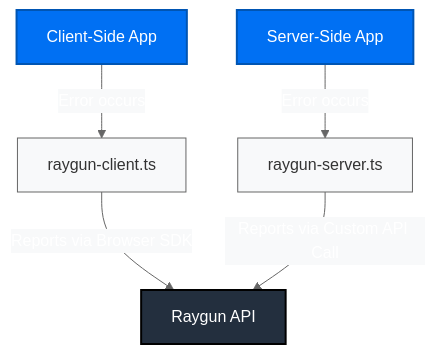
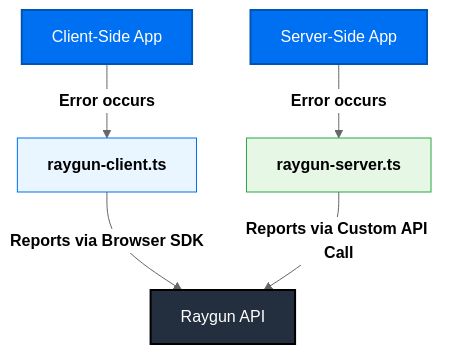
Before and after one commit to Olwiba/bun-next-raygun-demo: the diagram in README.md, drawn with Mermaid. The commit also changed other lines of this file, not shown here.

````diff
--- a/README.md
+++ b/README.md
@@ -24,15 +24,15 @@
 ```mermaid
-%%{init: {'theme': 'base', 'themeVariables': { 'primaryColor': '#0070f3', 'primaryTextColor': '#fff', 'primaryBorderColor': '#0070f3', 'lineColor': '#666', 'secondaryColor': '#f8f9fa', 'tertiaryColor': '#e9ecef' }}}%%
+%%{init: {'theme': 'base', 'themeVariables': { 'primaryColor': '#0070f3', 'primaryTextColor': '#fff', 'primaryBorderColor': '#0070f3', 'lineColor': '#666', 'secondaryColor': '#f8f9fa', 'tertiaryColor': '#e9ecef', 'edgeLabelBackground': '#ffffff' }}}%%
 graph TD
-    A[Client-Side App] -->|Error occurs| B[raygun-client.ts]
-    B -->|Reports via Browser SDK| C[Raygun API]
+    A[Client-Side App] -->|<span style='color:black;font-weight:bold'>Error occurs</span>| B[raygun-client.ts]
+    B -->|<span style='color:black;font-weight:bold'>Reports via Browser SDK</span>| C[Raygun API]
 
-    D[Server-Side App] -->|Error occurs| E[raygun-server.ts]
-    E -->|Reports via Custom API Call| C
+    D[Server-Side App] -->|<span style='color:black;font-weight:bold'>Error occurs</span>| E[raygun-server.ts]
+    E -->|<span style='color:black;font-weight:bold'>Reports via Custom API Call</span>| C
 
     style A fill:#0070f3,stroke:#0055b3,color:#fff,stroke-width:2px
     style D fill:#0070f3,stroke:#0055b3,color:#fff,stroke-width:2px
-    style B fill:#f8f9fa,stroke:#666,color:#333,stroke-width:1px
-    style E fill:#f8f9fa,stroke:#666,color:#333,stroke-width:1px
+    style B fill:#e9f5ff,stroke:#0070f3,color:#000,stroke-width:1px,font-weight:bold
+    style E fill:#e6f7e6,stroke:#28a745,color:#000,stroke-width:1px,font-weight:bold
     style C fill:#232f3e,stroke:#000,color:#fff,stroke-width:2px
 ```
````
